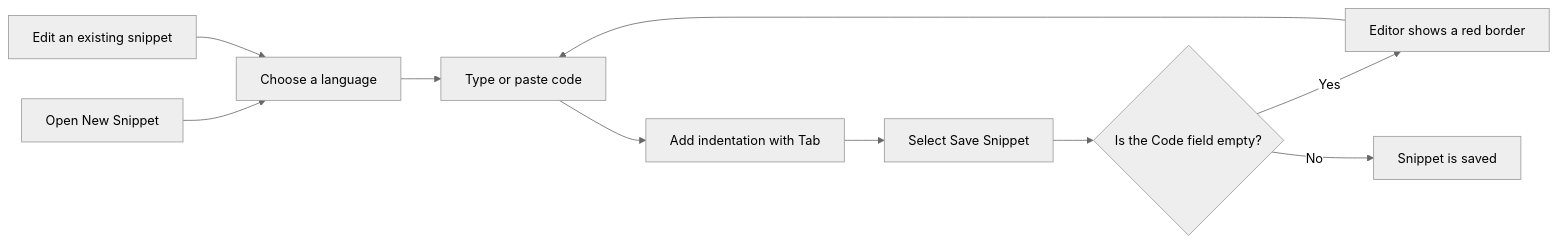
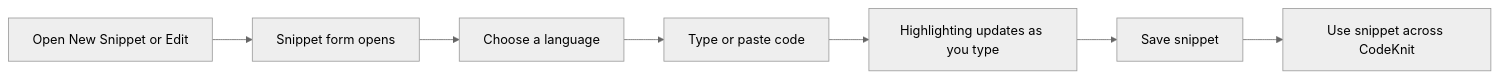
The first of 2 diagrams in api2-documentation/plan_2026-11-02_f8890e/user-facing-docs/code-editor.md (Mohita111/API2), drawn with Mermaid (neutral theme) before and after one commit. The commit also changed other lines of this file and 13 other files, not shown here.

````diff
--- a/api2-documentation/plan_2026-11-02_f8890e/user-facing-docs/code-editor.md
+++ b/api2-documentation/plan_2026-11-02_f8890e/user-facing-docs/code-editor.md
@@ -24,12 +33,9 @@
 ```mermaid
 graph LR
-    A["Open New Snippet"] --> C["Choose a language"]
-    B["Edit an existing snippet"] --> C
-    C --> D["Type or paste code"]
-    D --> E["Add indentation with Tab"]
-    E --> F["Select Save Snippet"]
-    F --> G{"Is the Code field empty?"}
-    G -- "Yes" --> H["Editor shows a red border"]
-    H --> D
-    G -- "No" --> I["Snippet is saved"]
+    A[Open New Snippet or Edit] --> B[Snippet form opens]
+    B --> C[Choose a language]
+    C --> D[Type or paste code]
+    D --> E[Highlighting updates as you type]
+    E --> F[Save snippet]
+    F --> G[Use snippet across CodeKnit]
 ```
````
